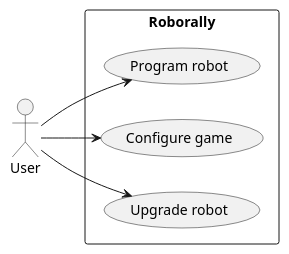
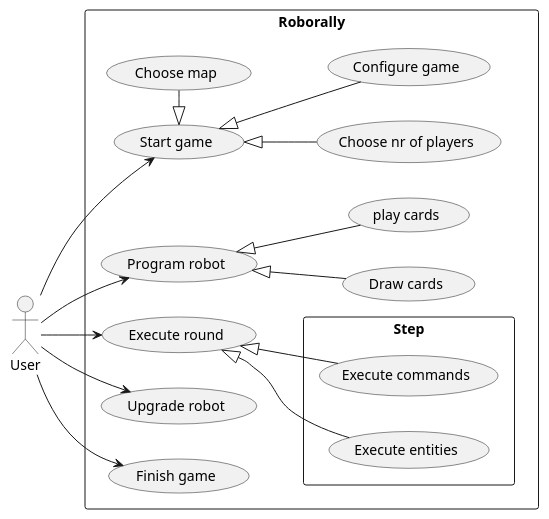
One commit to CDIO-gr-17/RoboRally changed the diagram in src/main/Diagrams/UserUseCases.puml. Above: the diagram before and after it, drawn with PlantUML. The commit also changed other lines of this file and 3 other files, not shown here.

Commit message:
DIagrams changed for A3

```diff
--- a/src/main/Diagrams/UserUseCases.puml
+++ b/src/main/Diagrams/UserUseCases.puml
@@ -1,18 +1,42 @@
 @startuml
 'https://plantuml.com/use-case-diagram
 Left to right direction
 actor User as U
 Rectangle Roborally {
+usecase "Start game"
+    usecase "Choose map"
+    usecase "Choose nr of players"
+    usecase "Configure game" as CG
 usecase "Program robot" as PR
-usecase "Configure game" as CG
+    usecase "Draw cards"
+    usecase "play cards"
+
+usecase "Execute round"
+rectangle Step{
+usecase "Execute commands"
+    usecase "Execute entities"
+}
+
 usecase "Upgrade robot" as UR
+usecase "Finish game"
+}
 
 
-}
+"Start game" <|-- CG
+"Start game" <|- "Choose map"
+"Start game" <|-- "Choose nr of players"
 
+"Execute round" <|-- "Execute commands"
+"Execute round" <|-- "Execute entities"
+
+PR <|-- "Draw cards"
+PR <|-- "play cards"
+
+U --> "Execute round"
+U --> "Start game"
 U --> PR
-U-->CG
 U-->UR
+U --> "Finish game"
 
 
 @enduml
```
